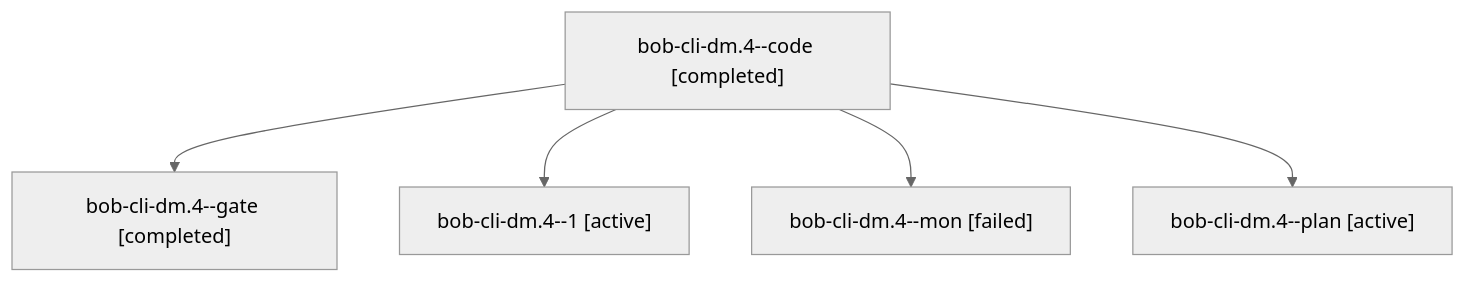
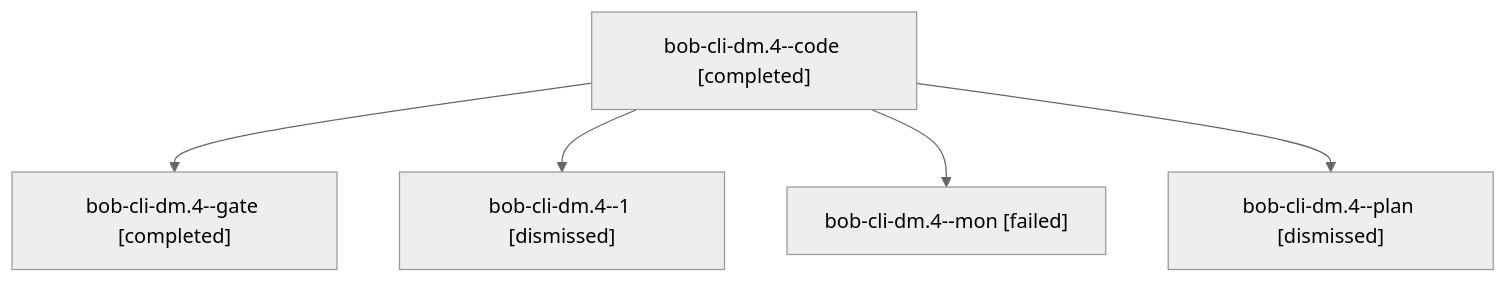
Before and after one commit to bobs-org/bob-cli--agents: the diagram in sessions/bbugyi200.apollo.bob-cli-dm.4.md, drawn with Mermaid (neutral theme). The commit also changed other lines of this file and 222 other files, not shown here.

````diff
--- a/sessions/bbugyi200.apollo.bob-cli-dm.4.md
+++ b/sessions/bbugyi200.apollo.bob-cli-dm.4.md
@@ -9,12 +9,12 @@
 ```mermaid
 flowchart TD
   n0["bob-cli-dm.4--code [completed]"]
   n1["bob-cli-dm.4--gate [completed]"]
   n0 --> n1
-  n2["bob-cli-dm.4--1 [active]"]
+  n2["bob-cli-dm.4--1 [dismissed]"]
   n0 --> n2
   n3["bob-cli-dm.4--mon [failed]"]
   n0 --> n3
-  n4["bob-cli-dm.4--plan [active]"]
+  n4["bob-cli-dm.4--plan [dismissed]"]
   n0 --> n4
 ```
````
